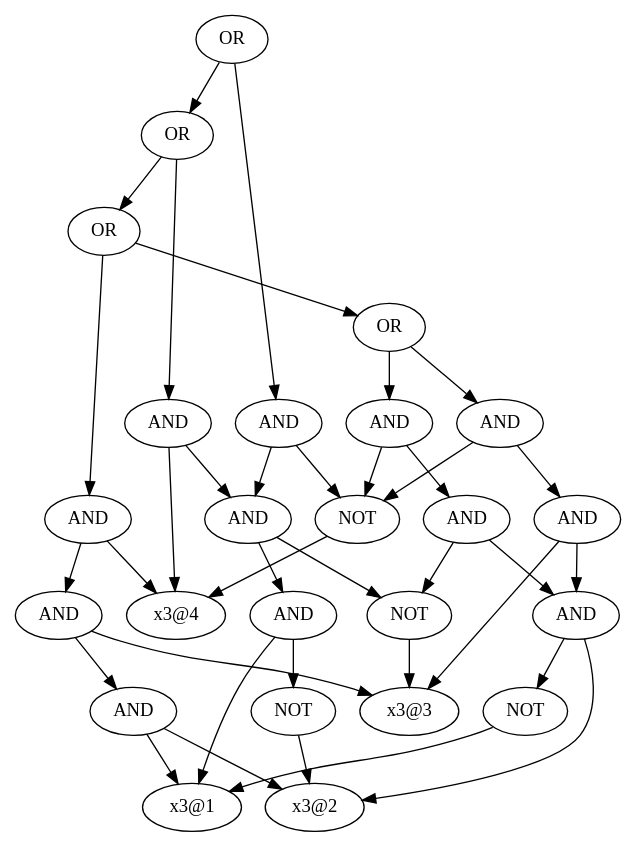
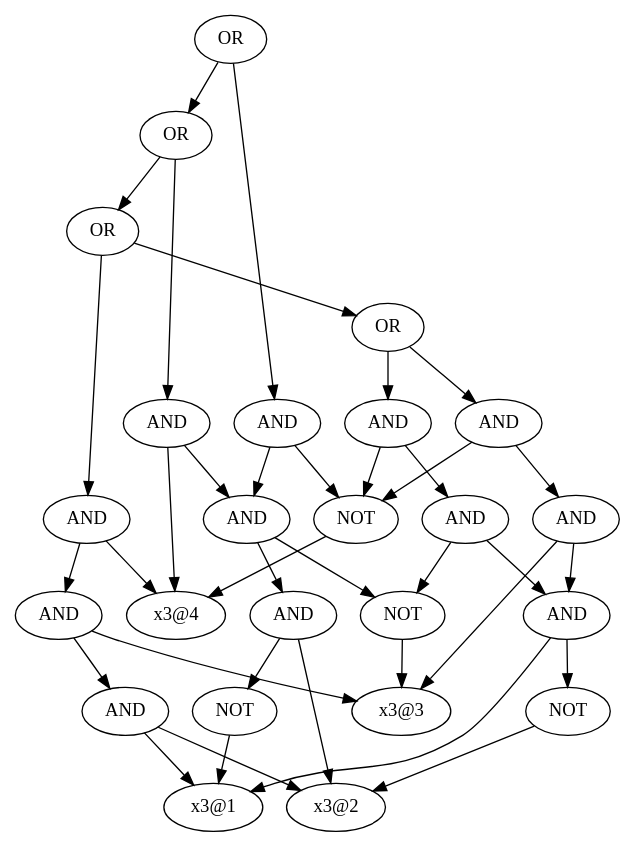
The diagram in data/t1.dot (toda-lab/pygplib), drawn with Graphviz before and after one commit. The commit also changed 11 other files, not shown here.

```diff
--- a/data/t1.dot
+++ b/data/t1.dot
@@ -1,62 +1,62 @@
 digraph output {
-	140554785406592 [label = OR]
-	140554785406496 [label = OR]
-	140554785406352 [label = OR]
-	140554785406256 [label = OR]
-	140554785405440 [label = AND]
-	140554785405536 [label = AND]
-	140554785405632 [label = AND]
-	140554792071952 [label = NOT]
-	140554786147248 [label = "x3@1"]
-	140554792071952 -> 140554786147248
-	140554786146240 [label = "x3@2"]
-	140554785405632 -> 140554792071952
-	140554785405632 -> 140554786146240
-	140554786146864 [label = "x3@3"]
-	140554785405536 -> 140554785405632
-	140554785405536 -> 140554786146864
-	140554791937456 [label = NOT]
-	140554786146960 [label = "x3@4"]
-	140554791937456 -> 140554786146960
-	140554785405440 -> 140554785405536
-	140554785405440 -> 140554791937456
-	140554785405200 [label = AND]
-	140554785405248 [label = AND]
-	140554792072048 [label = NOT]
-	140554792072048 -> 140554786146864
-	140554785405248 -> 140554785405632
-	140554785405248 -> 140554792072048
-	140554785405200 -> 140554785405248
-	140554785405200 -> 140554791937456
-	140554785406256 -> 140554785405440
-	140554785406256 -> 140554785405200
-	140554785406736 [label = AND]
-	140554785404912 [label = AND]
-	140554785404288 [label = AND]
-	140554785404288 -> 140554786147248
-	140554785404288 -> 140554786146240
-	140554785404912 -> 140554785404288
-	140554785404912 -> 140554786146864
-	140554785406736 -> 140554785404912
-	140554785406736 -> 140554786146960
-	140554785406352 -> 140554785406256
-	140554785406352 -> 140554785406736
-	140554785406160 [label = AND]
-	140554785406064 [label = AND]
-	140554785406880 [label = AND]
-	140554785405920 [label = NOT]
-	140554785405920 -> 140554786146240
-	140554785406880 -> 140554786147248
-	140554785406880 -> 140554785405920
-	140554785406064 -> 140554785406880
-	140554785406064 -> 140554792072048
-	140554785406160 -> 140554785406064
-	140554785406160 -> 140554786146960
-	140554785406496 -> 140554785406352
-	140554785406496 -> 140554785406160
-	140554785406208 [label = AND]
-	140554785406208 -> 140554785406064
-	140554785406208 -> 140554791937456
-	140554785406592 -> 140554785406496
-	140554785406592 -> 140554785406208
+	140636829248096 [label = OR]
+	140636829248000 [label = OR]
+	140636829247856 [label = OR]
+	140636829247760 [label = OR]
+	140636829246560 [label = AND]
+	140636829246656 [label = AND]
+	140636829246752 [label = AND]
+	140636829241840 [label = "x3@1"]
+	140636829246896 [label = NOT]
+	140636829241936 [label = "x3@2"]
+	140636829246896 -> 140636829241936
+	140636829246752 -> 140636829241840
+	140636829246752 -> 140636829246896
+	140636829242080 [label = "x3@3"]
+	140636829246656 -> 140636829246752
+	140636829246656 -> 140636829242080
+	140636829246800 [label = NOT]
+	140636829242224 [label = "x3@4"]
+	140636829246800 -> 140636829242224
+	140636829246560 -> 140636829246656
+	140636829246560 -> 140636829246800
+	140636829246176 [label = AND]
+	140636829246224 [label = AND]
+	140636829246416 [label = NOT]
+	140636829246416 -> 140636829242080
+	140636829246224 -> 140636829246752
+	140636829246224 -> 140636829246416
+	140636829246176 -> 140636829246224
+	140636829246176 -> 140636829246800
+	140636829247760 -> 140636829246560
+	140636829247760 -> 140636829246176
+	140636829245792 [label = AND]
+	140636829245840 [label = AND]
+	140636829245936 [label = AND]
+	140636829245936 -> 140636829241840
+	140636829245936 -> 140636829241936
+	140636829245840 -> 140636829245936
+	140636829245840 -> 140636829242080
+	140636829245792 -> 140636829245840
+	140636829245792 -> 140636829242224
+	140636829247856 -> 140636829247760
+	140636829247856 -> 140636829245792
+	140636829247664 [label = AND]
+	140636829247568 [label = AND]
+	140636829245648 [label = AND]
+	140636829247424 [label = NOT]
+	140636829247424 -> 140636829241840
+	140636829245648 -> 140636829247424
+	140636829245648 -> 140636829241936
+	140636829247568 -> 140636829245648
+	140636829247568 -> 140636829246416
+	140636829247664 -> 140636829247568
+	140636829247664 -> 140636829242224
+	140636829248000 -> 140636829247856
+	140636829248000 -> 140636829247664
+	140636829247712 [label = AND]
+	140636829247712 -> 140636829247568
+	140636829247712 -> 140636829246800
+	140636829248096 -> 140636829248000
+	140636829248096 -> 140636829247712
 }
```
